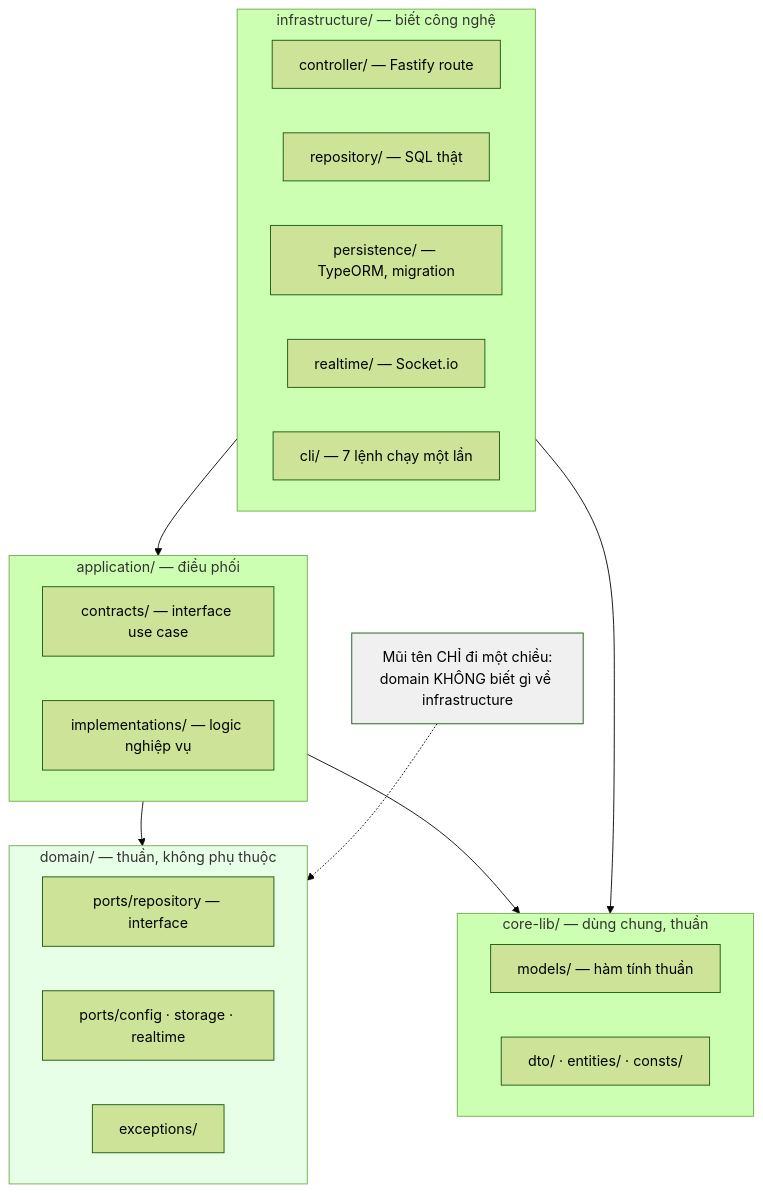
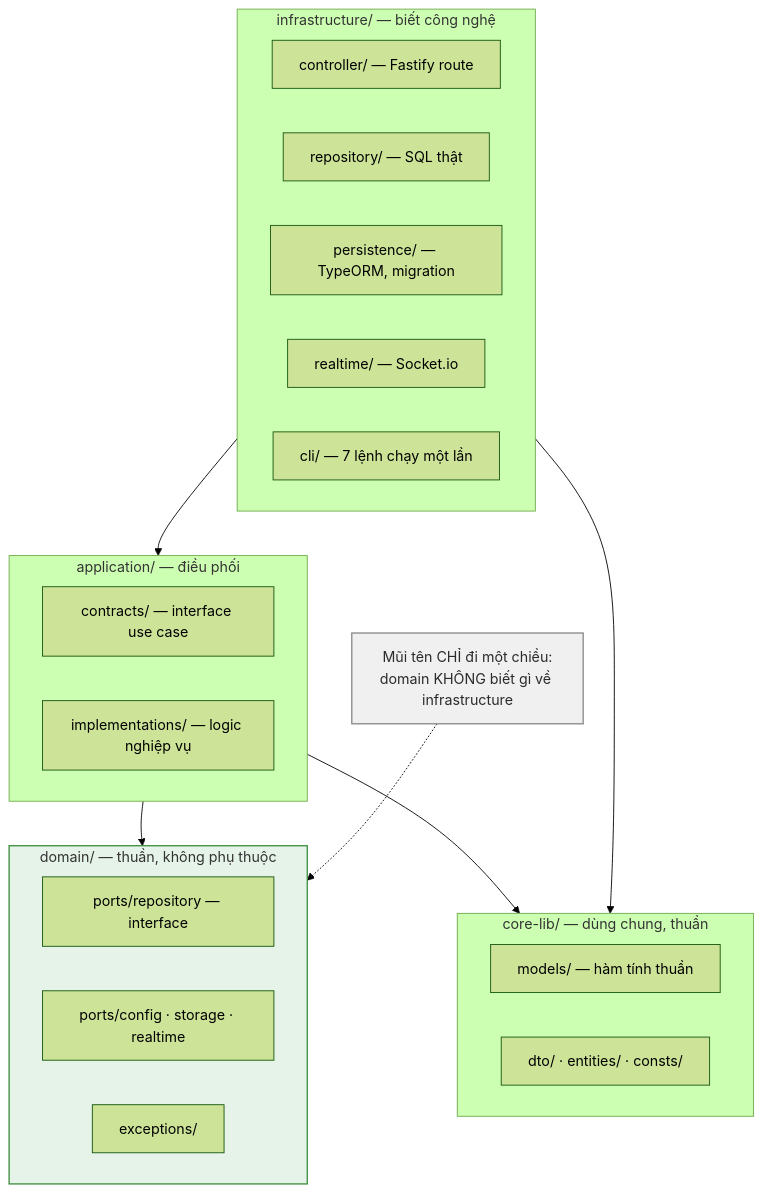
One commit to fdshn/trueheart changed the first of 6 diagrams in docs/diagram/28-architecture.md. Above: the diagram before and after it, drawn with Mermaid (forest theme). The commit also changed other lines of this file and 30 other files, not shown here.

First line of the commit message:
docs(diagram): chữ trong khối tô màu đọc được ở cả giao diện sáng và tối

````diff
--- a/docs/diagram/28-architecture.md
+++ b/docs/diagram/28-architecture.md
@@ -7,32 +7,32 @@
 ```mermaid
 flowchart TD
     subgraph I["infrastructure/ — biết công nghệ"]
         I1["controller/ — Fastify route"]
         I2["repository/ — SQL thật"]
         I3["persistence/ — TypeORM, migration"]
         I4["realtime/ — Socket.io"]
         I5["cli/ — 7 lệnh chạy một lần"]
     end
     subgraph A["application/ — điều phối"]
         A1["contracts/ — interface use case"]
         A2["implementations/ — logic nghiệp vụ"]
     end
     subgraph D["domain/ — thuần, không phụ thuộc"]
         D1["ports/repository — interface"]
         D2["ports/config · storage · realtime"]
         D3["exceptions/"]
     end
     subgraph L["core-lib/ — dùng chung, thuần"]
         L1["models/ — hàm tính thuần"]
         L2["dto/ · entities/ · consts/"]
     end
 
     I --> A --> D
     A --> L
     I --> L
 
     E["Mũi tên CHỈ đi một chiều:<br/>domain KHÔNG biết gì về infrastructure"] -.-> D
 
-    style D fill:#e6ffe6
-    style E fill:#f0f0f0
+    style D fill:#3ca05021,stroke:#3f8f3f,stroke-width:1.5px
+    style E fill:#f0f0f0,stroke:#8a8a8a,stroke-width:1.5px,color:#2b2b2b
 ```
````
